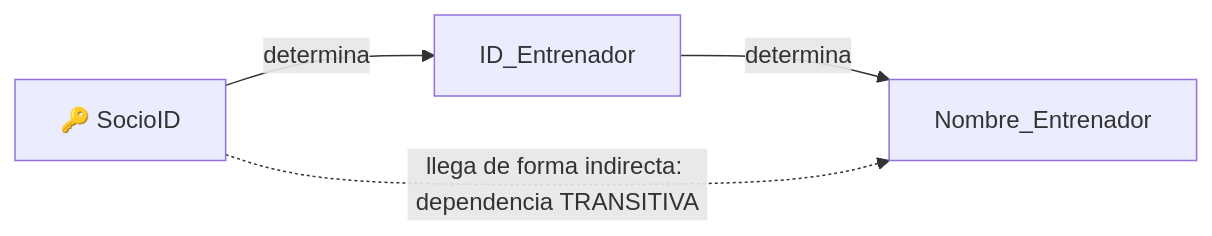
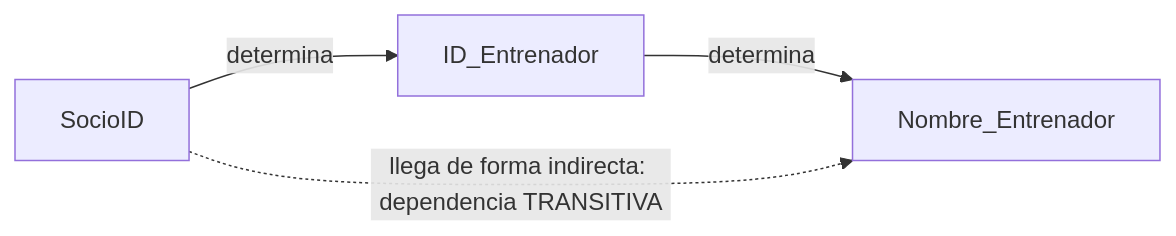
One commit to leanaraque/data_analytics_2026 changed diagram 14 of 18 in documentacion/Semana-02-Esquemas-Conceptos.md. Above: the diagram before and after it, drawn with Mermaid. The commit also changed other lines of this file and 109 other files, not shown here.

````diff
--- a/documentacion/Semana-02-Esquemas-Conceptos.md
+++ b/documentacion/Semana-02-Esquemas-Conceptos.md
@@ -277,6 +277,6 @@
 ```mermaid
 flowchart LR
-    A["🔑 SocioID"] -- "determina" --> B["ID_Entrenador"]
+    A["SocioID"] -- "determina" --> B["ID_Entrenador"]
     B -- "determina" --> C["Nombre_Entrenador"]
     A -. "llega de forma indirecta: dependencia TRANSITIVA" .-> C
 ```
````
